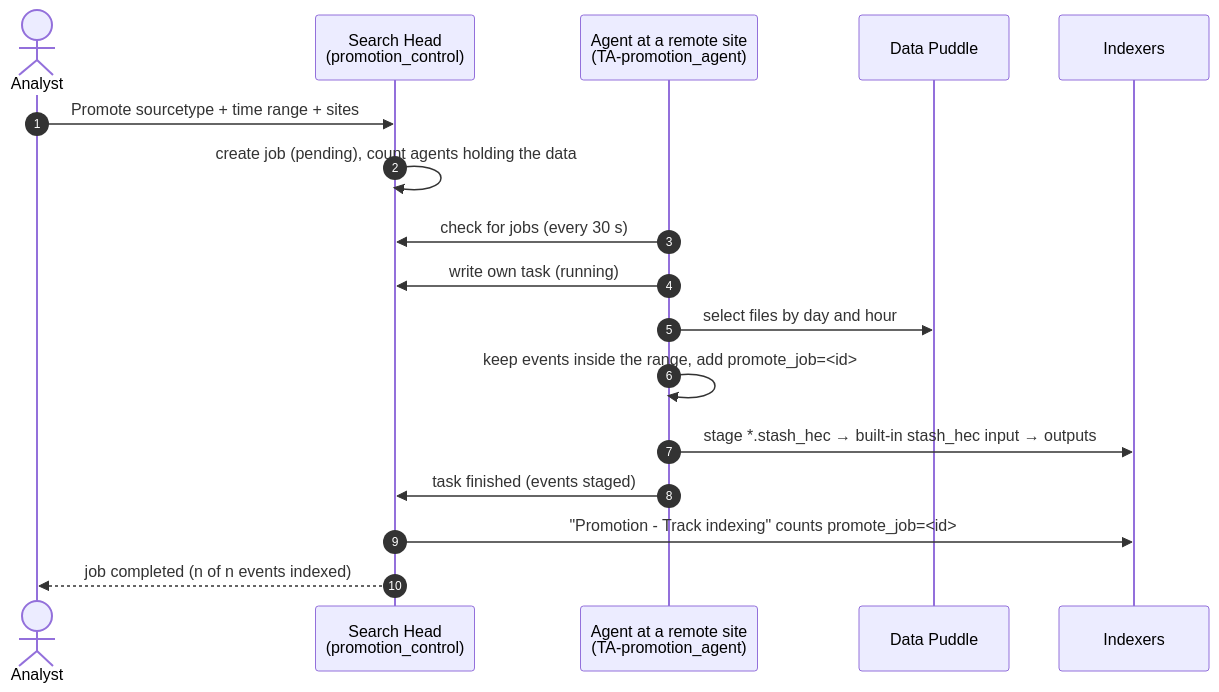
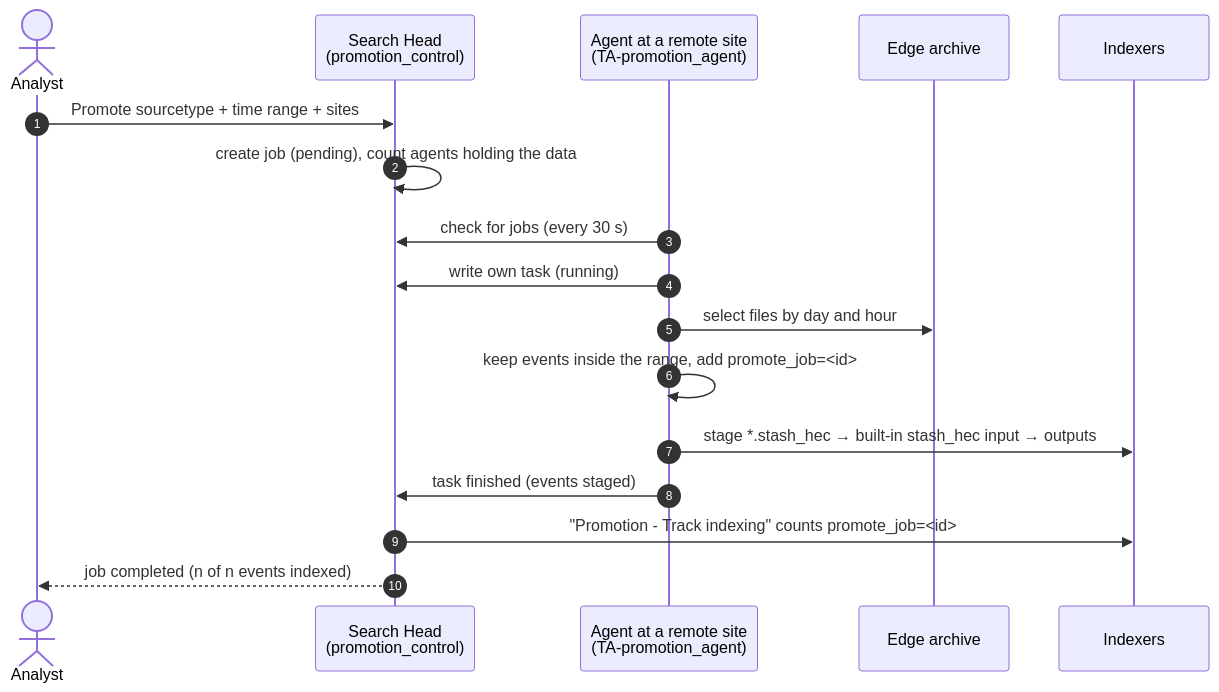
Before and after one commit to inspired/data_promotion: the diagram in docs/admin-guide.md, drawn with Mermaid. The commit also changed other lines of this file and 3 other files, not shown here.

First line of the commit message:
Call the Ingest Actions copies at remote sites edge archives instead of Data Puddles

````diff
--- a/docs/admin-guide.md
+++ b/docs/admin-guide.md
@@ -43,20 +43,20 @@
 ```mermaid
 sequenceDiagram
     autonumber
     actor U as Analyst
     participant SH as Search Head<br/>(promotion_control)
     participant A as Agent at a remote site<br/>(TA-promotion_agent)
-    participant P as Data Puddle
+    participant P as Edge archive
     participant IDX as Indexers
 
     U->>SH: Promote sourcetype + time range + sites
     SH->>SH: create job (pending), count agents holding the data
     A->>SH: check for jobs (every 30 s)
     A->>SH: write own task (running)
     A->>P: select files by day and hour
     A->>A: keep events inside the range, add promote_job=<id>
     A->>IDX: stage *.stash_hec → built-in stash_hec input → outputs
     A->>SH: task finished (events staged)
     SH->>IDX: "Promotion - Track indexing" counts promote_job=<id>
     SH-->>U: job completed (n of n events indexed)
 ```
````
